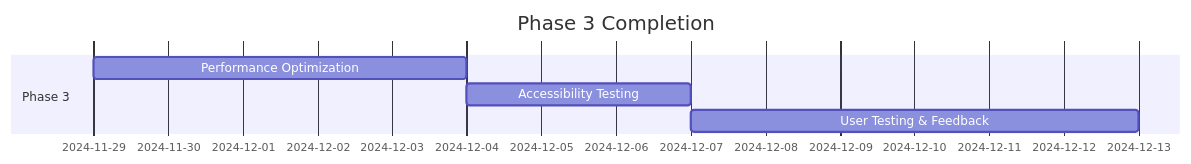
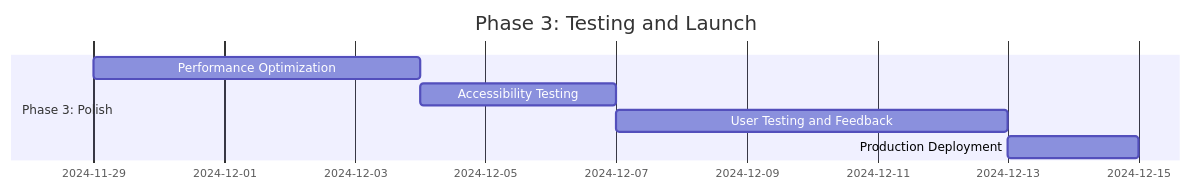
Diagram 27 of 31 in docs/patient-portal-mobile-first-redesign-prd.md (Justy6674/DSWebsite_next.js), drawn with Mermaid before and after one commit. The commit also changed other lines of this file, not shown here.

First line of the commit message:
fix: Complete Patient Portal PRD with comprehensive mermaid diagrams

````diff
--- a/docs/patient-portal-mobile-first-redesign-prd.md
+++ b/docs/patient-portal-mobile-first-redesign-prd.md
@@ -631,9 +817,10 @@
 ```mermaid
 gantt
-    title Phase 3 Completion
+    title Phase 3: Testing and Launch
     dateFormat  YYYY-MM-DD
-    section Phase 3
-    Performance Optimization   :c1, 2024-11-29, 5d
-    Accessibility Testing      :c2, after c1, 3d
-    User Testing & Feedback    :c3, after c2, 6d
+    section Phase 3: Polish
+    Performance Optimization    :c1, 2024-11-29, 5d
+    Accessibility Testing       :c2, after c1, 3d
+    User Testing and Feedback   :c3, after c2, 6d
+    Production Deployment       :c4, after c3, 2d
 ```
````
